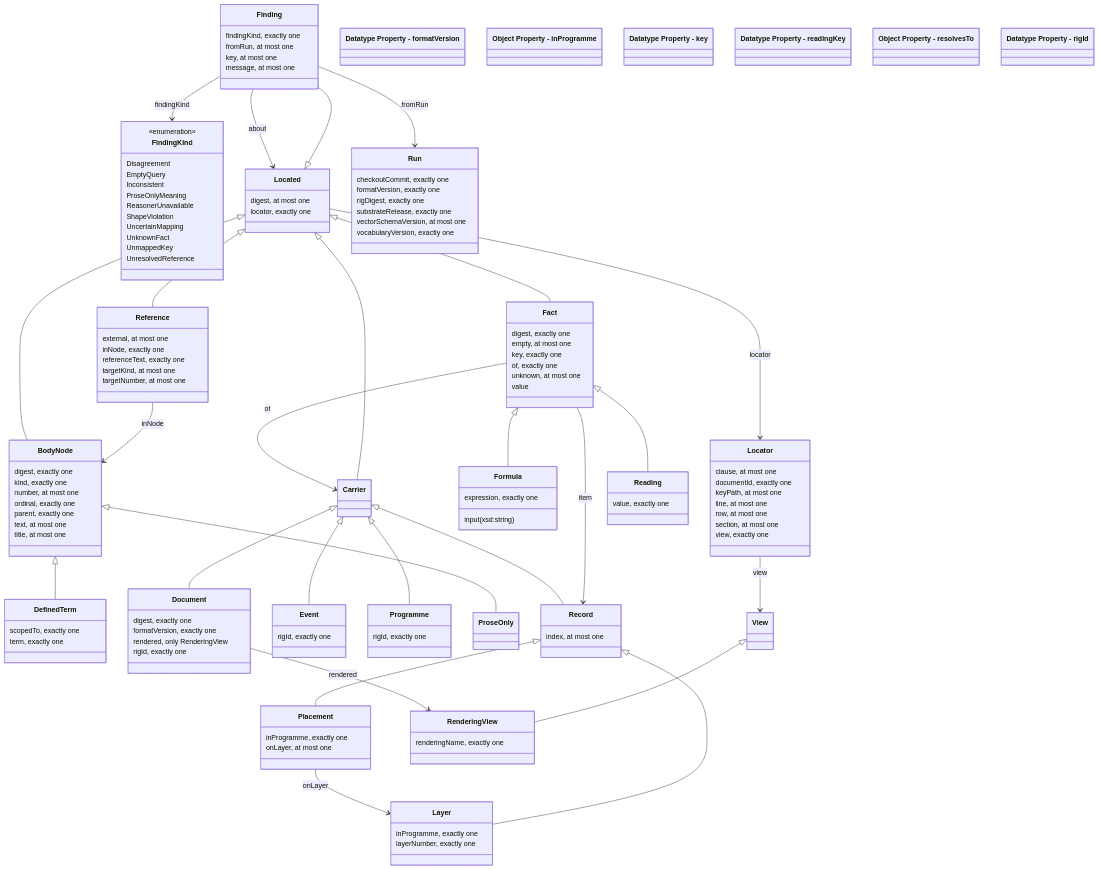
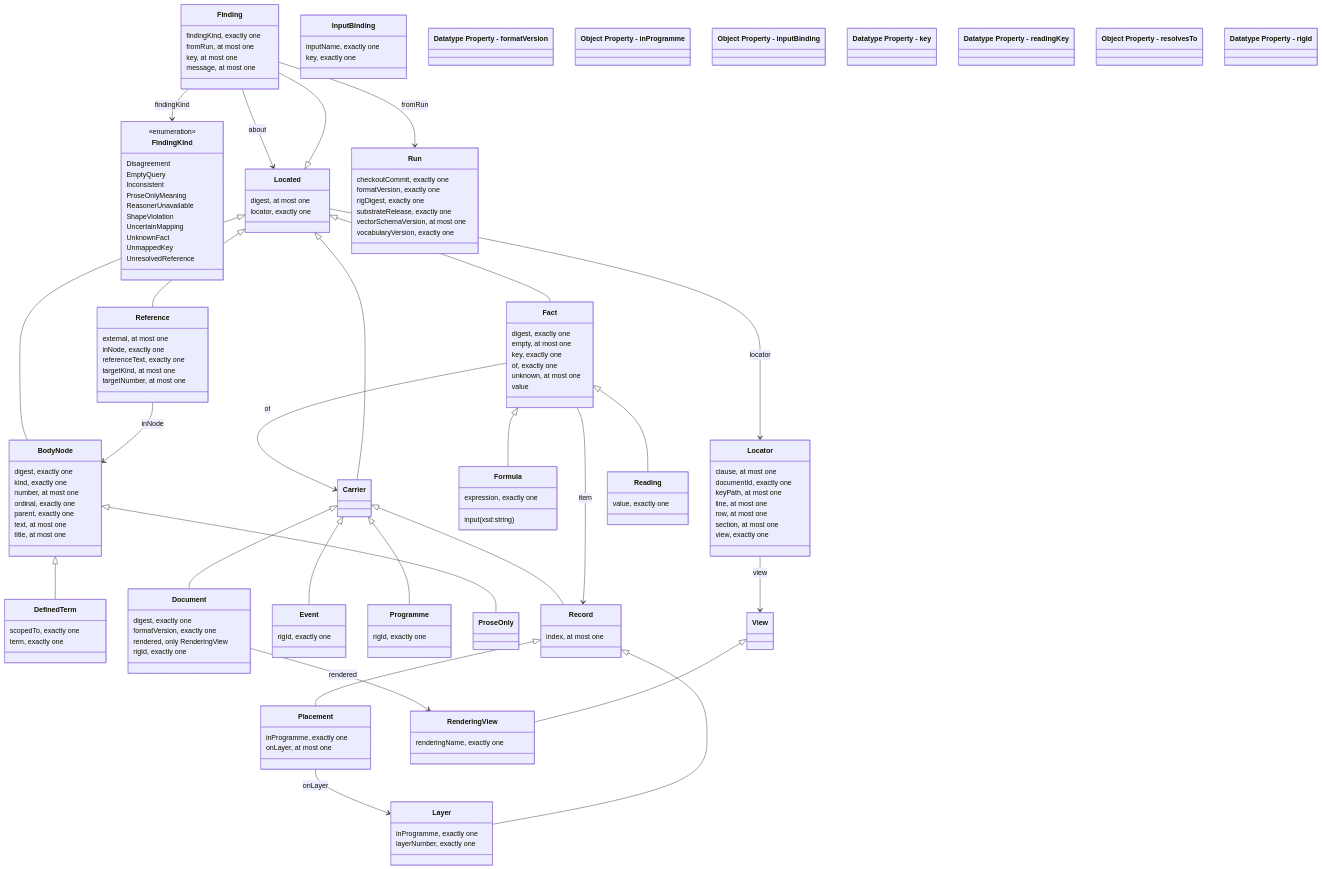
Before and after one commit to nebularis/lattice: the diagram in ontology/v-rig/README.md, drawn with Mermaid. The commit also changed other lines of this file and 13 other files, not shown here.

```diff
--- a/ontology/v-rig/README.md
+++ b/ontology/v-rig/README.md
@@ -119,6 +119,10 @@
     class Formula {
         expression, exactly one
         input (xsd:string)
+    }
+    class InputBinding {
+        inputName, exactly one
+        key, exactly one
     }
     class Layer {
         inProgramme, exactly one
@@ -198,6 +202,7 @@
     View <|-- RenderingView
     class DatatypeProperty_formatVersion["Datatype Property - formatVersion"]
     class ObjectProperty_inProgramme["Object Property - inProgramme"]
+    class ObjectProperty_inputBinding["Object Property - inputBinding"]
     class DatatypeProperty_key["Datatype Property - key"]
     class DatatypeProperty_readingKey["Datatype Property - readingKey"]
     class ObjectProperty_resolvesTo["Object Property - resolvesTo"]
```
